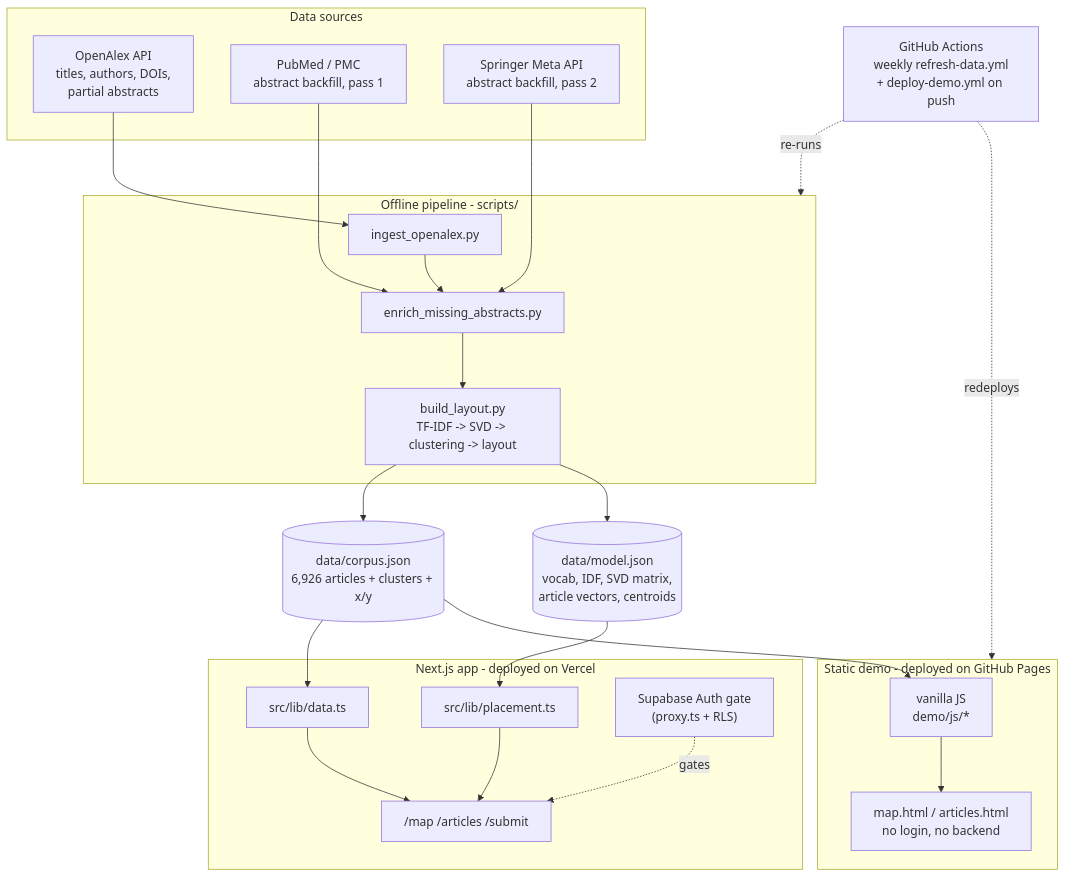
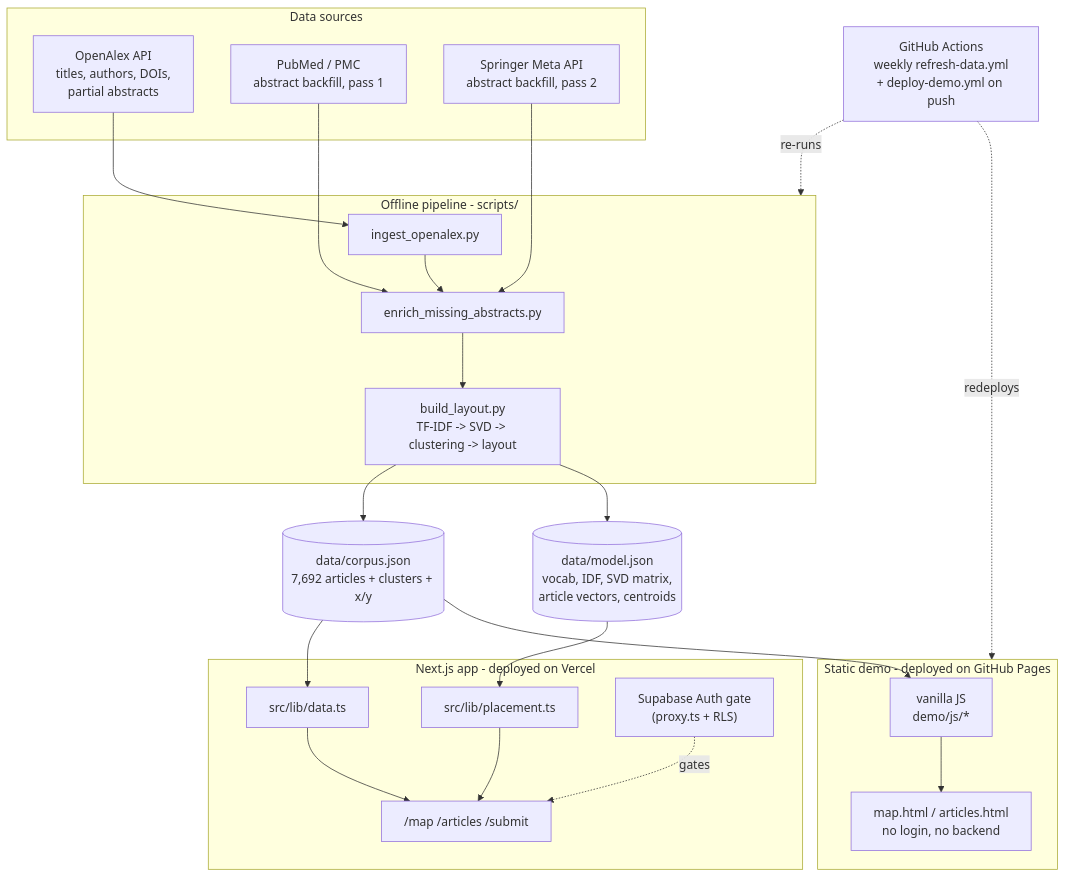
Before and after one commit to david-j-cox/published-landscape: the first of 2 diagrams in README.md, drawn with Mermaid. The commit also changed other lines of this file and 7 other files, not shown here.

````diff
--- a/README.md
+++ b/README.md
@@ -41,43 +41,43 @@
 ```mermaid
 flowchart TB
     subgraph Sources["Data sources"]
         OA["OpenAlex API<br/>titles, authors, DOIs,<br/>partial abstracts"]
         PM["PubMed / PMC<br/>abstract backfill, pass 1"]
         SP["Springer Meta API<br/>abstract backfill, pass 2"]
     end
 
     subgraph Pipeline["Offline pipeline - scripts/"]
         ING["ingest_openalex.py"]
         ENR["enrich_missing_abstracts.py"]
         BLD["build_layout.py<br/>TF-IDF -&gt; SVD -&gt; clustering -&gt; layout"]
     end
 
     OA --> ING --> ENR
     PM --> ENR
     SP --> ENR
     ENR --> BLD
 
-    BLD --> CORPUS[("data/corpus.json<br/>6,926 articles + clusters + x/y")]
+    BLD --> CORPUS[("data/corpus.json<br/>7,692 articles + clusters + x/y")]
     BLD --> MODEL[("data/model.json<br/>vocab, IDF, SVD matrix,<br/>article vectors, centroids")]
 
     subgraph App["Next.js app - deployed on Vercel"]
         DATA["src/lib/data.ts"]
         PLACE["src/lib/placement.ts"]
         AUTH["Supabase Auth gate<br/>(proxy.ts + RLS)"]
         PAGES["/map  /articles  /submit"]
     end
 
     subgraph Demo["Static demo - deployed on GitHub Pages"]
         VJS["vanilla JS<br/>demo/js/*"]
         DPAGES["map.html / articles.html<br/>no login, no backend"]
     end
 
     CORPUS --> DATA --> PAGES
     MODEL --> PLACE --> PAGES
     AUTH -.gates.-> PAGES
     CORPUS --> VJS --> DPAGES
 
     GH["GitHub Actions<br/>weekly refresh-data.yml<br/>+ deploy-demo.yml on push"]
     GH -. re-runs .-> Pipeline
     GH -. redeploys .-> Demo
 ```
````
